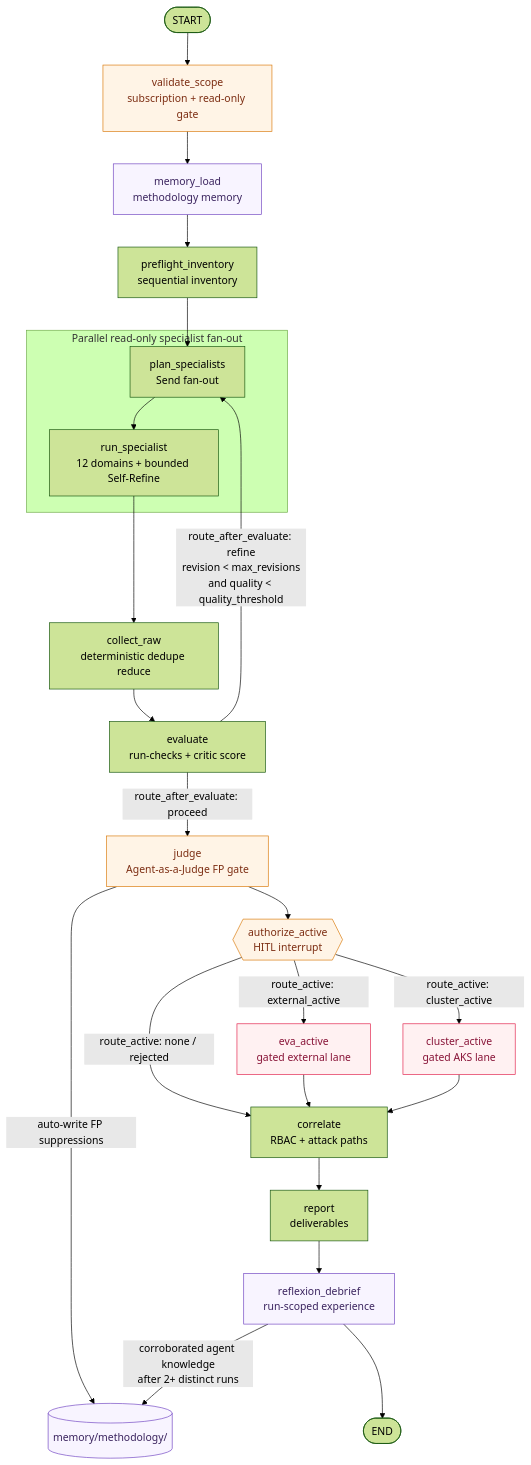
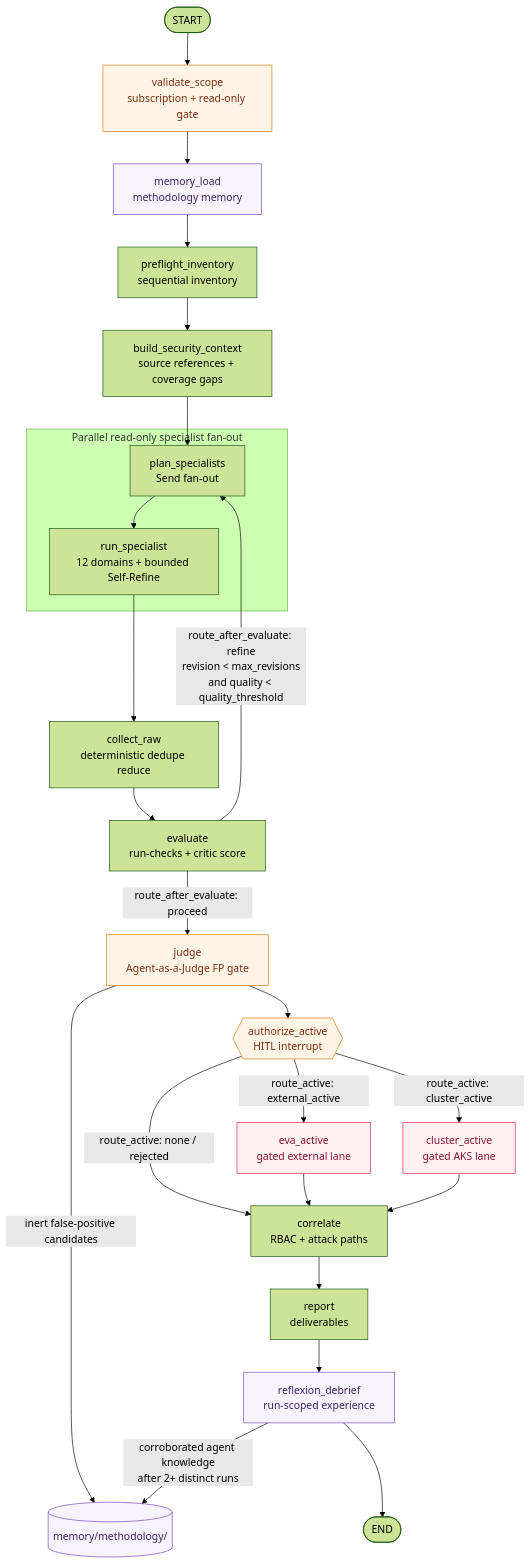
One commit to Contoso-State/red-team-agent-orchestration changed the first of 2 diagrams in README.md. Above: the diagram before and after it, drawn with Mermaid (forest theme). The commit also changed other lines of this file and 119 other files, not shown here.

Commit message:
feat: integrate reviewed graph, learning, and observability updates

````diff
--- a/README.md
+++ b/README.md
@@ -75,36 +76,37 @@
 ```mermaid
 graph TD
     START([START]) --> VS[validate_scope<br/>subscription + read-only gate]
     VS --> ML[memory_load<br/>methodology memory]
     ML --> PI[preflight_inventory<br/>sequential inventory]
-    PI --> PS[plan_specialists<br/>Send fan-out]
+    PI --> SC[build_security_context<br/>source references + coverage gaps]
+    SC --> PS[plan_specialists<br/>Send fan-out]
 
     subgraph Fanout[Parallel read-only specialist fan-out]
         PS --> RS[run_specialist<br/>12 domains + bounded Self-Refine]
     end
 
     RS --> CR[collect_raw<br/>deterministic dedupe reduce]
     CR --> EV[evaluate<br/>run-checks + critic score]
 
     EV -->|route_after_evaluate: refine<br/>revision < max_revisions<br/>and quality < quality_threshold| PS
     EV -->|route_after_evaluate: proceed| J[judge<br/>Agent-as-a-Judge FP gate]
 
-    J -->|auto-write FP suppressions| MW[(memory/methodology/)]
+    J -->|inert false-positive candidates| MW[(memory/methodology/)]
     J --> AA{{authorize_active<br/>HITL interrupt}}
     AA -->|route_active: external_active| EVA[eva_active<br/>gated external lane]
     AA -->|route_active: cluster_active| CA[cluster_active<br/>gated AKS lane]
     AA -->|route_active: none / rejected| CO[correlate<br/>RBAC + attack paths]
     EVA --> CO
     CA --> CO
     CO --> RP[report<br/>deliverables]
     RP --> RD[reflexion_debrief<br/>run-scoped experience]
     RD -->|corroborated agent knowledge<br/>after 2+ distinct runs| MW
     RD --> END([END])
 
     classDef memory fill:#f8f4ff,stroke:#6f42c1,color:#3b245f;
     classDef gate fill:#fff4e6,stroke:#d97706,color:#7c2d12;
     classDef active fill:#fff1f2,stroke:#e11d48,color:#881337;
     class ML,MW,RD memory;
     class VS,AA,J gate;
     class EVA,CA active;
 ```
````
